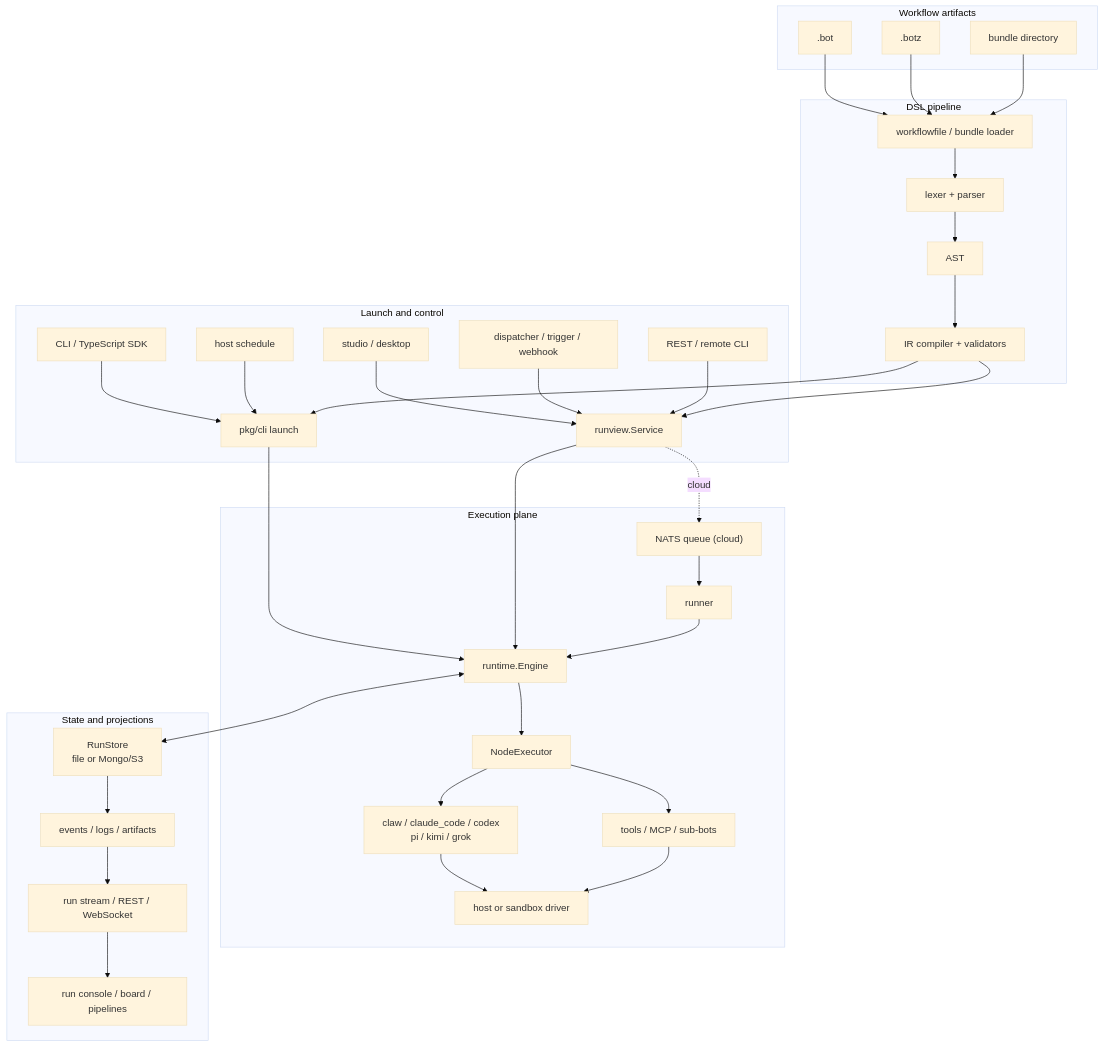
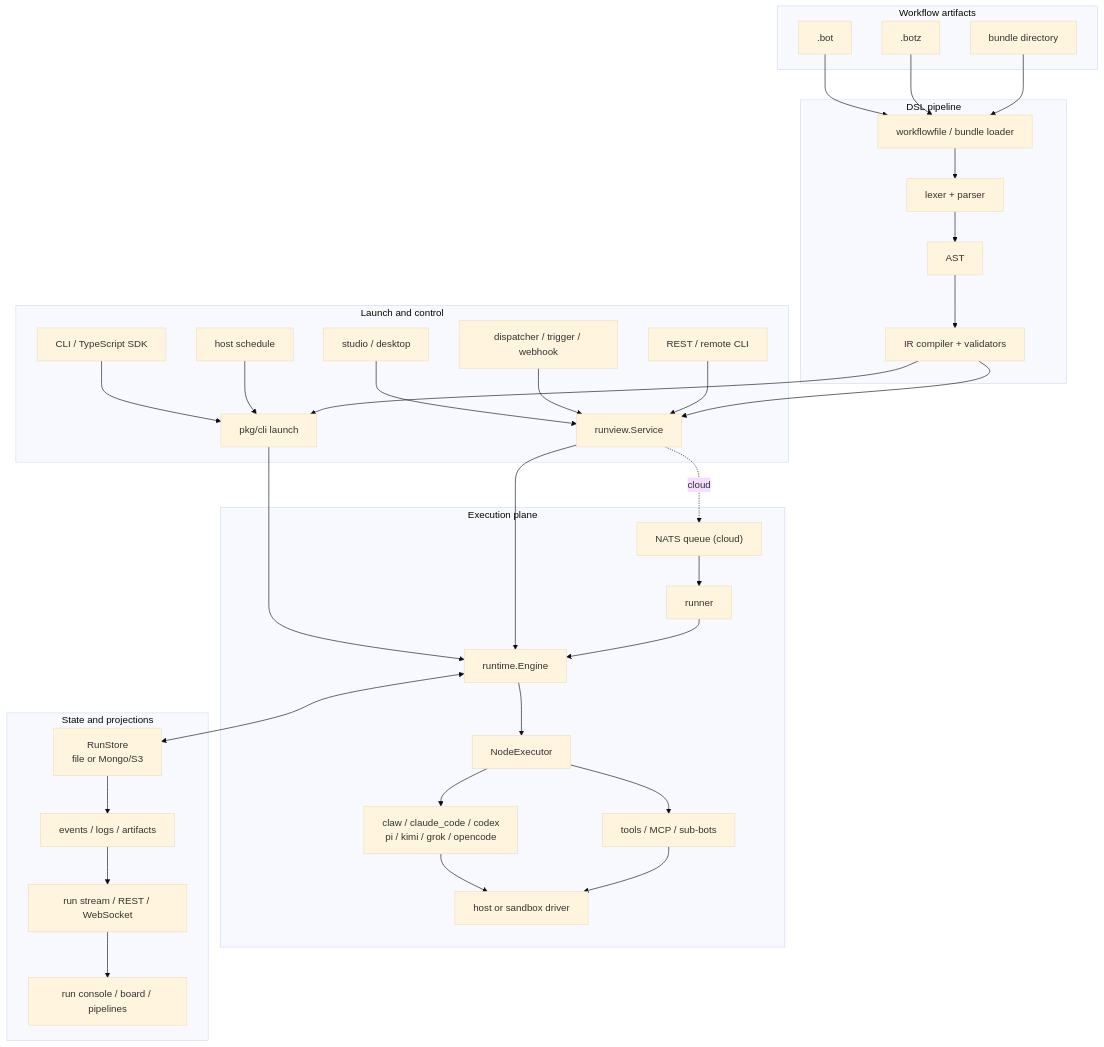
Before and after one commit to SocialGouv/iterion: the diagram in docs/architecture.md, drawn with Mermaid (base theme). The commit also changed 49 other files, not shown here.

````diff
--- a/docs/architecture.md
+++ b/docs/architecture.md
@@ -10,64 +10,64 @@
 ```mermaid
 flowchart TB
   subgraph Sources["Workflow artifacts"]
     BOT[".bot"]
     BOTZ[".botz"]
     DIR["bundle directory"]
   end
 
   subgraph Compile["DSL pipeline"]
     LOAD["workflowfile / bundle loader"]
     PARSE["lexer + parser"]
     AST["AST"]
     IR["IR compiler + validators"]
   end
 
   subgraph Control["Launch and control"]
     CLI["CLI / TypeScript SDK"]
     CRON["host schedule"]
     STUDIO["studio / desktop"]
     AUTO["dispatcher / trigger / webhook"]
     API["REST / remote CLI"]
     CLILAUNCH["pkg/cli launch"]
     SERVICE["runview.Service"]
   end
 
   subgraph Execution["Execution plane"]
     QUEUE["NATS queue (cloud)"]
     RUNNER["runner"]
     ENGINE["runtime.Engine"]
     EXEC["NodeExecutor"]
-    BACKENDS["claw / claude_code / codex\npi / kimi / grok"]
+    BACKENDS["claw / claude_code / codex\npi / kimi / grok / opencode"]
     TOOLS["tools / MCP / sub-bots"]
     SANDBOX["host or sandbox driver"]
   end
 
   subgraph State["State and projections"]
     STORE["RunStore\nfile or Mongo/S3"]
     EVENTS["events / logs / artifacts"]
     STREAM["run stream / REST / WebSocket"]
     UI["run console / board / pipelines"]
   end
 
   BOT --> LOAD
   BOTZ --> LOAD
   DIR --> LOAD
   LOAD --> PARSE --> AST --> IR
   CLI --> CLILAUNCH
   CRON --> CLILAUNCH
   STUDIO --> SERVICE
   AUTO --> SERVICE
   API --> SERVICE
   IR --> SERVICE
   IR --> CLILAUNCH
   CLILAUNCH --> ENGINE
   SERVICE --> ENGINE
   SERVICE -. cloud .-> QUEUE --> RUNNER --> ENGINE
   ENGINE --> EXEC
   EXEC --> BACKENDS
   EXEC --> TOOLS
   BACKENDS --> SANDBOX
   TOOLS --> SANDBOX
   ENGINE <--> STORE
   STORE --> EVENTS --> STREAM --> UI
 ```
````
